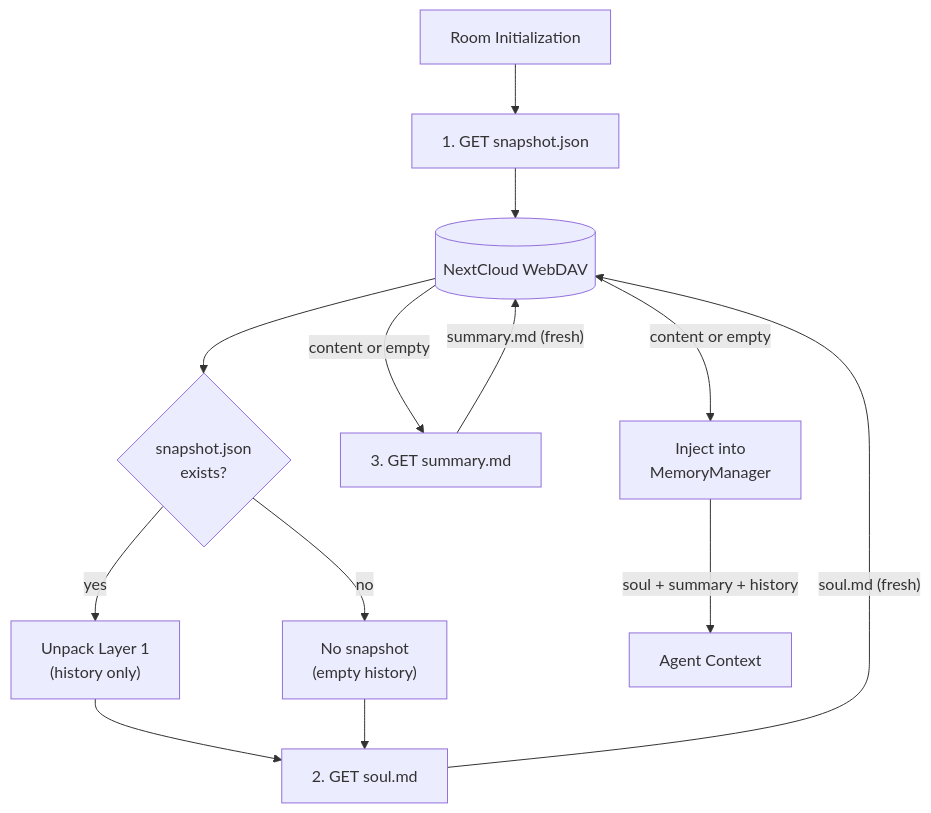
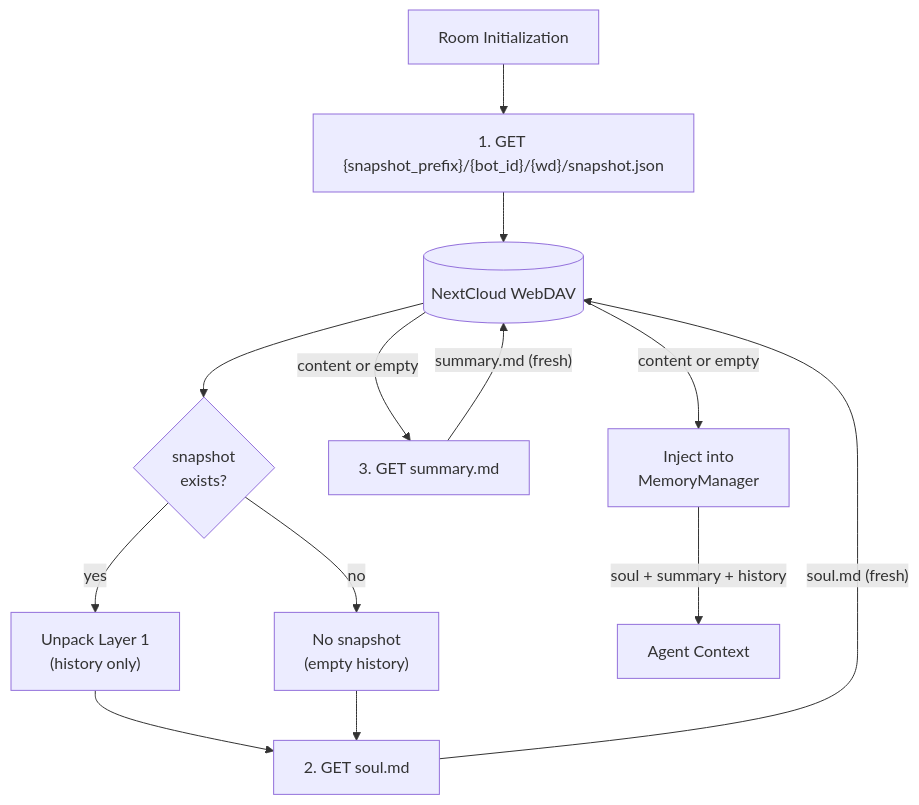
One commit to cosmoswafer/rockbot changed the fourth of 6 diagrams in _dfd/memory/memory.md. Above: the diagram before and after it, drawn with Mermaid. The commit also changed other lines of this file and 7 other files, not shown here.

First line of the commit message:
snapshot isolation: per-bot snapshot.json under configurable prefix, bot_id on AgentHarness, DFD updates

````diff
--- a/_dfd/memory/memory.md
+++ b/_dfd/memory/memory.md
@@ -156,25 +161,25 @@
 ```mermaid
 flowchart TD
     INIT[Room Initialization]
     DAV[(NextCloud WebDAV)]
-    GET_SNAP["1. GET snapshot.json"]
-    SNAP_OK{snapshot.json<br/>exists?}
+    GET_SNAP["1. GET {snapshot_prefix}/{bot_id}/{wd}/snapshot.json"]
+    SNAP_OK{snapshot<br/>exists?}
     UNPACK["Unpack Layer 1<br/>(history only)"]
     MISSING["No snapshot<br/>(empty history)"]
     GET_SOUL["2. GET soul.md"]
     GET_SUMMARY["3. GET summary.md"]
     INJECT[Inject into<br/>MemoryManager]
 
     INIT --> GET_SNAP
     GET_SNAP --> DAV
     DAV --> SNAP_OK
     SNAP_OK -->|"yes"| UNPACK
     SNAP_OK -->|"no"| MISSING
     UNPACK --> GET_SOUL
     MISSING --> GET_SOUL
     GET_SOUL -->|"soul.md (fresh)"| DAV
     DAV -->|"content or empty"| GET_SUMMARY
     GET_SUMMARY -->|"summary.md (fresh)"| DAV
     DAV -->|"content or empty"| INJECT
     INJECT -->|"soul + summary + history"| CTX[Agent Context]
 ```
````
